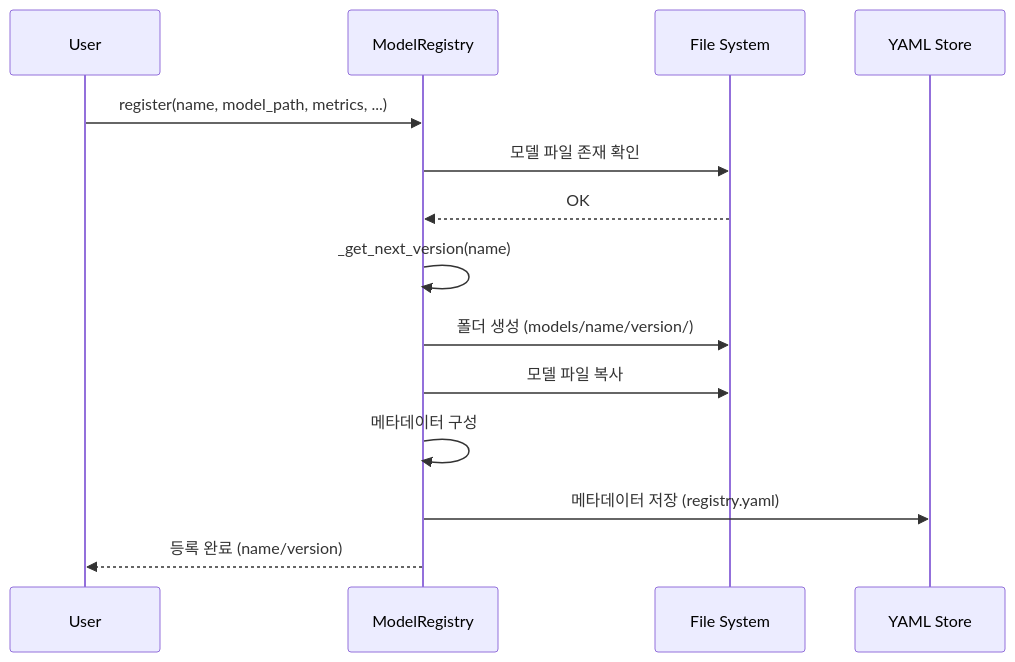
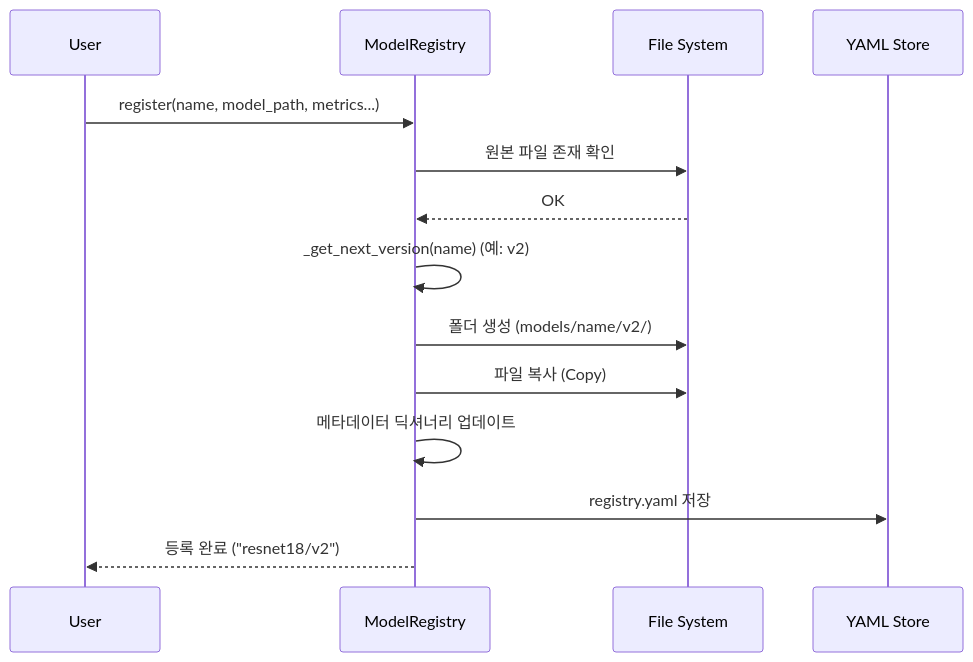
One commit to TiraaK/lightweight-model-registry changed the second of 3 diagrams in SYSTEM_DESIGN.md. Above: the diagram before and after it, drawn with Mermaid. The commit also changed other lines of this file and 2 other files, not shown here.

````diff
--- a/SYSTEM_DESIGN.md
+++ b/SYSTEM_DESIGN.md
@@ -266,17 +115,17 @@
 ```mermaid
 sequenceDiagram
     participant User
     participant API as ModelRegistry
     participant FS as File System
     participant META as YAML Store
 
-    User->>API: register(name, model_path, metrics, ...)
-    API->>FS: 모델 파일 존재 확인
+    User->>API: register(name, model_path, metrics...)
+    API->>FS: 원본 파일 존재 확인
     FS-->>API: OK
-    API->>API: _get_next_version(name)
-    API->>FS: 폴더 생성 (models/name/version/)
-    API->>FS: 모델 파일 복사
-    API->>API: 메타데이터 구성
-    API->>META: 메타데이터 저장 (registry.yaml)
-    API-->>User: 등록 완료 (name/version)
+    API->>API: _get_next_version(name) (예: v2)
+    API->>FS: 폴더 생성 (models/name/v2/)
+    API->>FS: 파일 복사 (Copy)
+    API->>API: 메타데이터 딕셔너리 업데이트
+    API->>META: registry.yaml 저장
+    API-->>User: 등록 완료 ("resnet18/v2")
 ```
````
